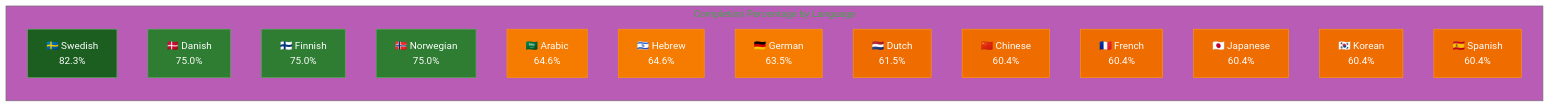
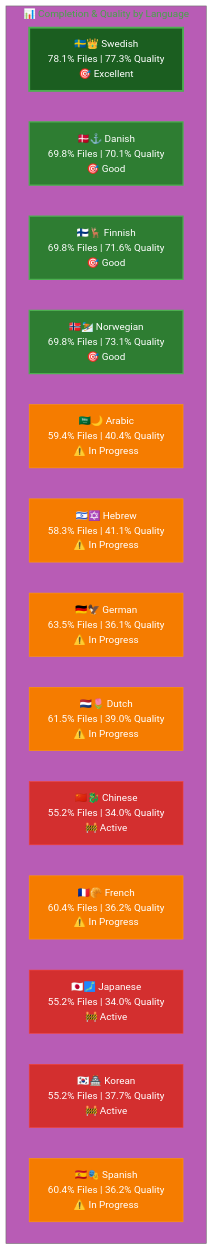
The second of 2 diagrams in TRANSLATION_DOCUMENTATION_README.md (Hack23/homepage), drawn with Mermaid before and after one commit. The commit also changed other lines of this file and 26 other files, not shown here.

Commit message:
Complete validation & enhancement: icons, color-coded Mermaid diagrams, accuracy verified for all 26 files

````diff
--- a/TRANSLATION_DOCUMENTATION_README.md
+++ b/TRANSLATION_DOCUMENTATION_README.md
@@ -87,33 +87,35 @@
 ```mermaid
-%%{init: {'theme':'base', 'themeVariables': { 'primaryColor':'#4CAF50'}}}%%
-graph LR
-    subgraph "Completion Percentage by Language"
-        SV["🇸🇪 Swedish<br/>82.3%"]
-        DA["🇩🇰 Danish<br/>75.0%"]
-        FI["🇫🇮 Finnish<br/>75.0%"]
-        NO["🇳🇴 Norwegian<br/>75.0%"]
-        AR["🇸🇦 Arabic<br/>64.6%"]
-        HE["🇮🇱 Hebrew<br/>64.6%"]
-        DE["🇩🇪 German<br/>63.5%"]
-        NL["🇳🇱 Dutch<br/>61.5%"]
-        ZH["🇨🇳 Chinese<br/>60.4%"]
-        FR["🇫🇷 French<br/>60.4%"]
-        JA["🇯🇵 Japanese<br/>60.4%"]
-        KO["🇰🇷 Korean<br/>60.4%"]
-        ES["🇪🇸 Spanish<br/>60.4%"]
+%%{init: {'theme':'base', 'themeVariables': { 'primaryColor':'#4CAF50','fontSize':'16px'}}}%%
+graph TB
+    subgraph "📊 Completion & Quality by Language"
+        SV["🇸🇪👑 Swedish<br/>78.1% Files | 77.3% Quality<br/>🎯 Excellent"]
+        DA["🇩🇰⚓ Danish<br/>69.8% Files | 70.1% Quality<br/>🎯 Good"]
+        FI["🇫🇮🦌 Finnish<br/>69.8% Files | 71.6% Quality<br/>🎯 Good"]
+        NO["🇳🇴⛷️ Norwegian<br/>69.8% Files | 73.1% Quality<br/>🎯 Good"]
         
-        style SV fill:#1B5E20,stroke:#4CAF50,color:#fff
-        style DA fill:#2E7D32,stroke:#4CAF50,color:#fff
-        style FI fill:#2E7D32,stroke:#4CAF50,color:#fff
-        style NO fill:#2E7D32,stroke:#4CAF50,color:#fff
+        AR["🇸🇦🌙 Arabic<br/>59.4% Files | 40.4% Quality<br/>⚠️  In Progress"]
+        HE["🇮🇱✡️ Hebrew<br/>58.3% Files | 41.1% Quality<br/>⚠️  In Progress"]
+        DE["🇩🇪🦅 German<br/>63.5% Files | 36.1% Quality<br/>⚠️  In Progress"]
+        NL["🇳🇱🌷 Dutch<br/>61.5% Files | 39.0% Quality<br/>⚠️  In Progress"]
+        
+        ZH["🇨🇳🐉 Chinese<br/>55.2% Files | 34.0% Quality<br/>🚧 Active"]
+        FR["🇫🇷🥐 French<br/>60.4% Files | 36.2% Quality<br/>⚠️  In Progress"]
+        JA["🇯🇵🗾 Japanese<br/>55.2% Files | 34.0% Quality<br/>🚧 Active"]
+        KO["🇰🇷🏯 Korean<br/>55.2% Files | 37.7% Quality<br/>🚧 Active"]
+        ES["🇪🇸🎭 Spanish<br/>60.4% Files | 36.2% Quality<br/>⚠️  In Progress"]
+        
+        style SV fill:#1B5E20,stroke:#4CAF50,color:#fff,stroke-width:3px
+        style DA fill:#2E7D32,stroke:#4CAF50,color:#fff,stroke-width:2px
+        style FI fill:#2E7D32,stroke:#4CAF50,color:#fff,stroke-width:2px
+        style NO fill:#2E7D32,stroke:#4CAF50,color:#fff,stroke-width:2px
         style AR fill:#F57C00,stroke:#FF9800,color:#fff
         style HE fill:#F57C00,stroke:#FF9800,color:#fff
         style DE fill:#F57C00,stroke:#FF9800,color:#fff
-        style NL fill:#EF6C00,stroke:#FF9800,color:#fff
-        style ZH fill:#EF6C00,stroke:#FF9800,color:#fff
-        style FR fill:#EF6C00,stroke:#FF9800,color:#fff
-        style JA fill:#EF6C00,stroke:#FF9800,color:#fff
-        style KO fill:#EF6C00,stroke:#FF9800,color:#fff
-        style ES fill:#EF6C00,stroke:#FF9800,color:#fff
+        style NL fill:#F57C00,stroke:#FF9800,color:#fff
+        style ZH fill:#D32F2F,stroke:#F44336,color:#fff
+        style FR fill:#F57C00,stroke:#FF9800,color:#fff
+        style JA fill:#D32F2F,stroke:#F44336,color:#fff
+        style KO fill:#D32F2F,stroke:#F44336,color:#fff
+        style ES fill:#F57C00,stroke:#FF9800,color:#fff
     end
 ```
````
